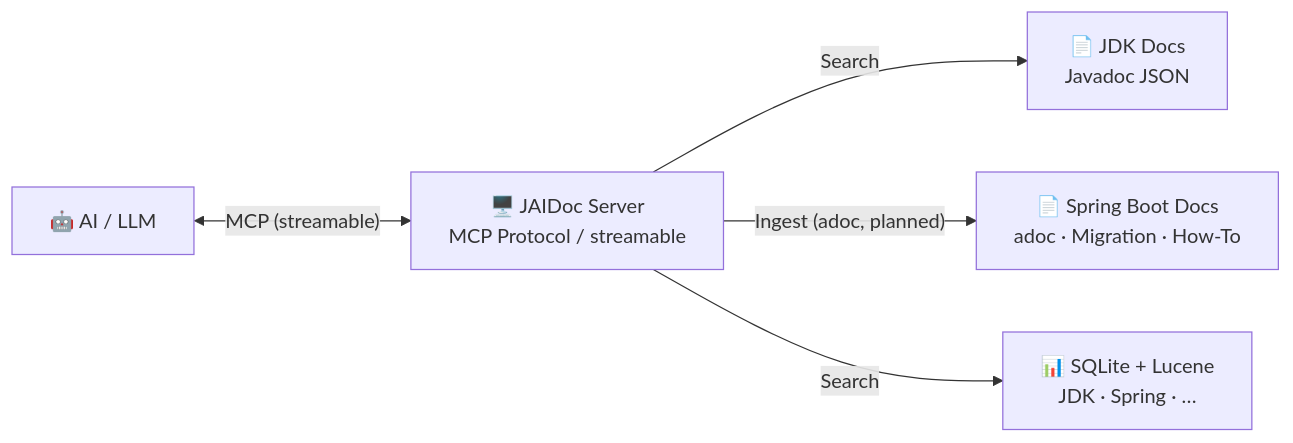
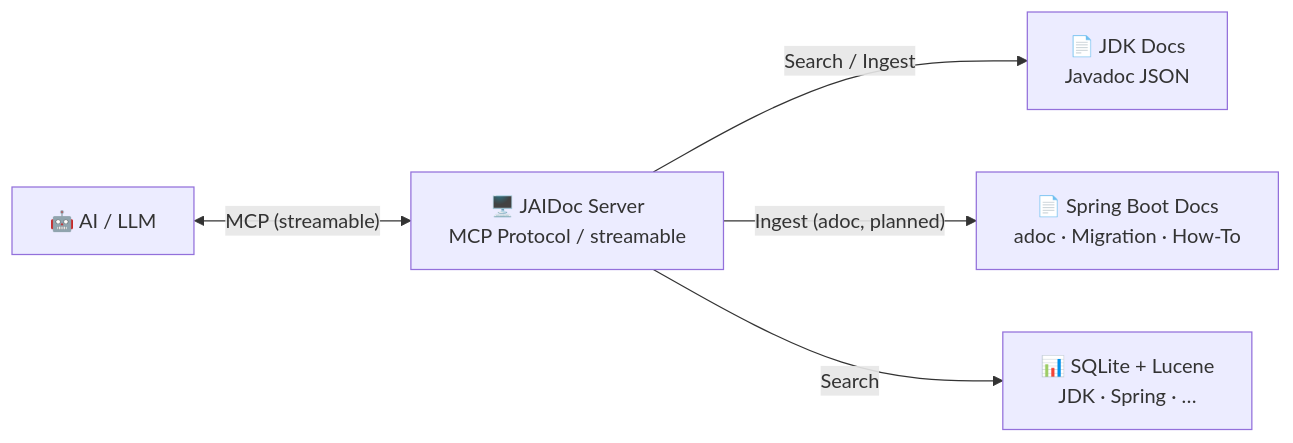
The diagram in README.md (PurrBytesCode/JAIDoc), drawn with Mermaid before and after one commit. The commit also changed other lines of this file and 1 other file, not shown here.

````diff
--- a/README.md
+++ b/README.md
@@ -154,12 +159,12 @@
 ```mermaid
 graph LR
     ai["🤖 AI / LLM"]
     server["🖥️ JAIDoc Server<br/>MCP Protocol / streamable"]
     db["📊 SQLite + Lucene<br/>JDK · Spring · …"]
     jdkdocs["📄 JDK Docs<br/>Javadoc JSON"]
     sbdocs["📄 Spring Boot Docs<br/>adoc · Migration · How-To"]
     ai <-->|" MCP (streamable) "| server
-    server -->|" Search "| jdkdocs
+    server -->|" Search / Ingest "| jdkdocs
     server -->|" Ingest (adoc, planned) "| sbdocs
     server -->|" Search "| db
 ```
````
